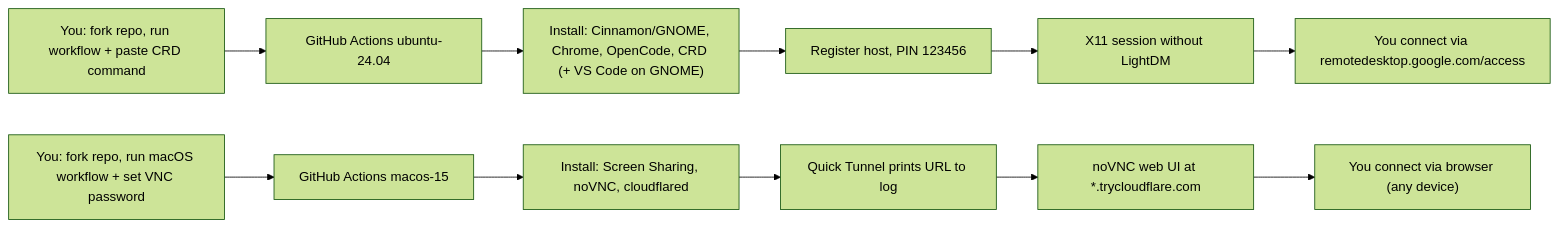
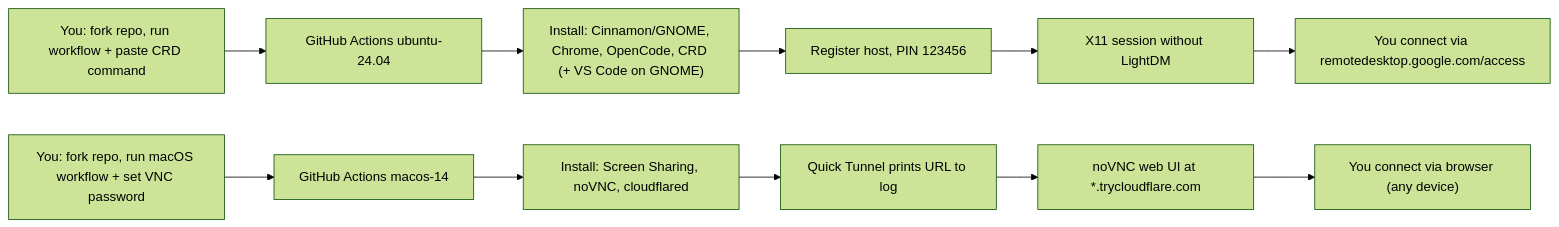
The diagram in README.md (ArchDityaa/rich-linux-crd), drawn with Mermaid (forest theme) before and after one commit. The commit also changed other lines of this file and 3 other files, not shown here.

Commit message:
Switch to macOS 14 + add VNC desktop/stream probe for black screen diagnosis

````diff
--- a/README.md
+++ b/README.md
@@ -180,13 +180,13 @@
 ```mermaid
 flowchart LR
     A["You: fork repo, run workflow + paste CRD command"] --> B["GitHub Actions ubuntu-24.04"]
-    A2["You: fork repo, run macOS workflow + set VNC password"] --> B2["GitHub Actions macos-15"]
+    A2["You: fork repo, run macOS workflow + set VNC password"] --> B2["GitHub Actions macos-14"]
     B --> C["Install: Cinnamon/GNOME, Chrome, OpenCode, CRD (+ VS Code on GNOME)"]
     B2 --> C2["Install: Screen Sharing, noVNC, cloudflared"]
     C --> D["Register host, PIN 123456"]
     C2 --> D2["Quick Tunnel prints URL to log"]
     D --> E["X11 session without LightDM"]
     D2 --> E2["noVNC web UI at *.trycloudflare.com"]
     E --> F["You connect via remotedesktop.google.com/access"]
     E2 --> F2["You connect via browser (any device)"]
 ```
````
